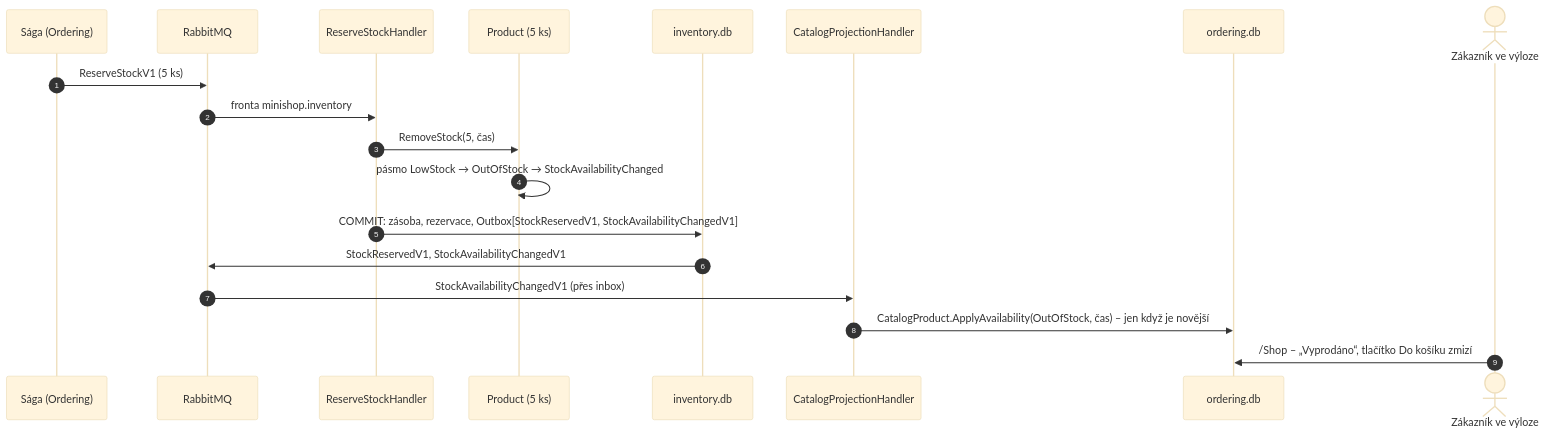
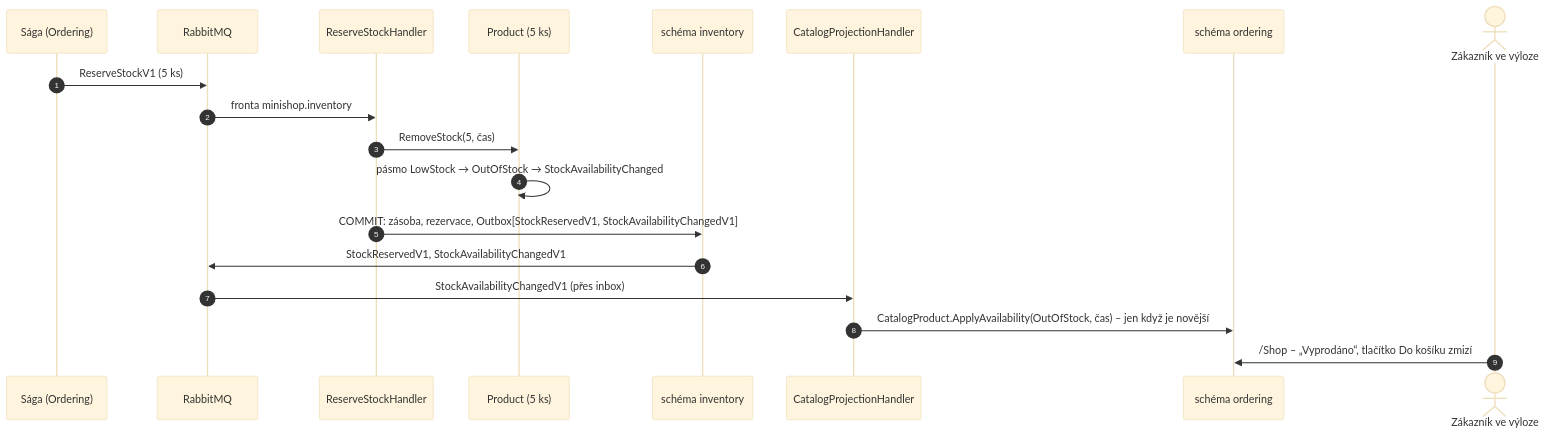
The diagram in docs/prirucka/toky/zmena-dostupnosti.md (ftichy/MiniShop), drawn with Mermaid (base theme) before and after one commit. The commit also changed 248 other files, not shown here.

````diff
--- a/docs/prirucka/toky/zmena-dostupnosti.md
+++ b/docs/prirucka/toky/zmena-dostupnosti.md
@@ -13,22 +13,22 @@
 ```mermaid
 sequenceDiagram
     autonumber
     participant S as Sága (Ordering)
     participant MQ as RabbitMQ
     participant RH as ReserveStockHandler
     participant P as Product (5 ks)
-    participant IDB as inventory.db
+    participant IDB as schéma inventory
     participant CH as CatalogProjectionHandler
-    participant ODB as ordering.db
+    participant ODB as schéma ordering
     actor Z as Zákazník ve výloze
 
     S->>MQ: ReserveStockV1 (5 ks)
     MQ->>RH: fronta minishop.inventory
     RH->>P: RemoveStock(5, čas)
     P->>P: pásmo LowStock → OutOfStock → StockAvailabilityChanged
     RH->>IDB: COMMIT: zásoba, rezervace, Outbox[StockReservedV1, StockAvailabilityChangedV1]
     IDB->>MQ: StockReservedV1, StockAvailabilityChangedV1
     MQ->>CH: StockAvailabilityChangedV1 (přes inbox)
     CH->>ODB: CatalogProduct.ApplyAvailability(OutOfStock, čas) – jen když je novější
     Z->>ODB: /Shop – „Vyprodáno“, tlačítko Do košíku zmizí
 ```
````
